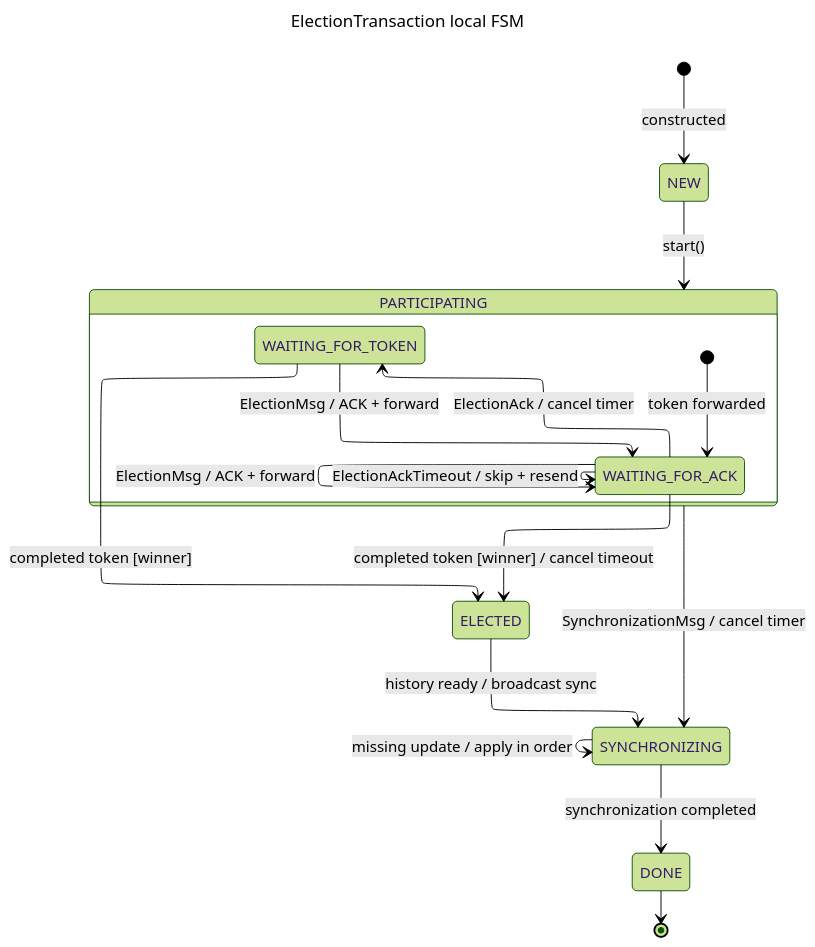
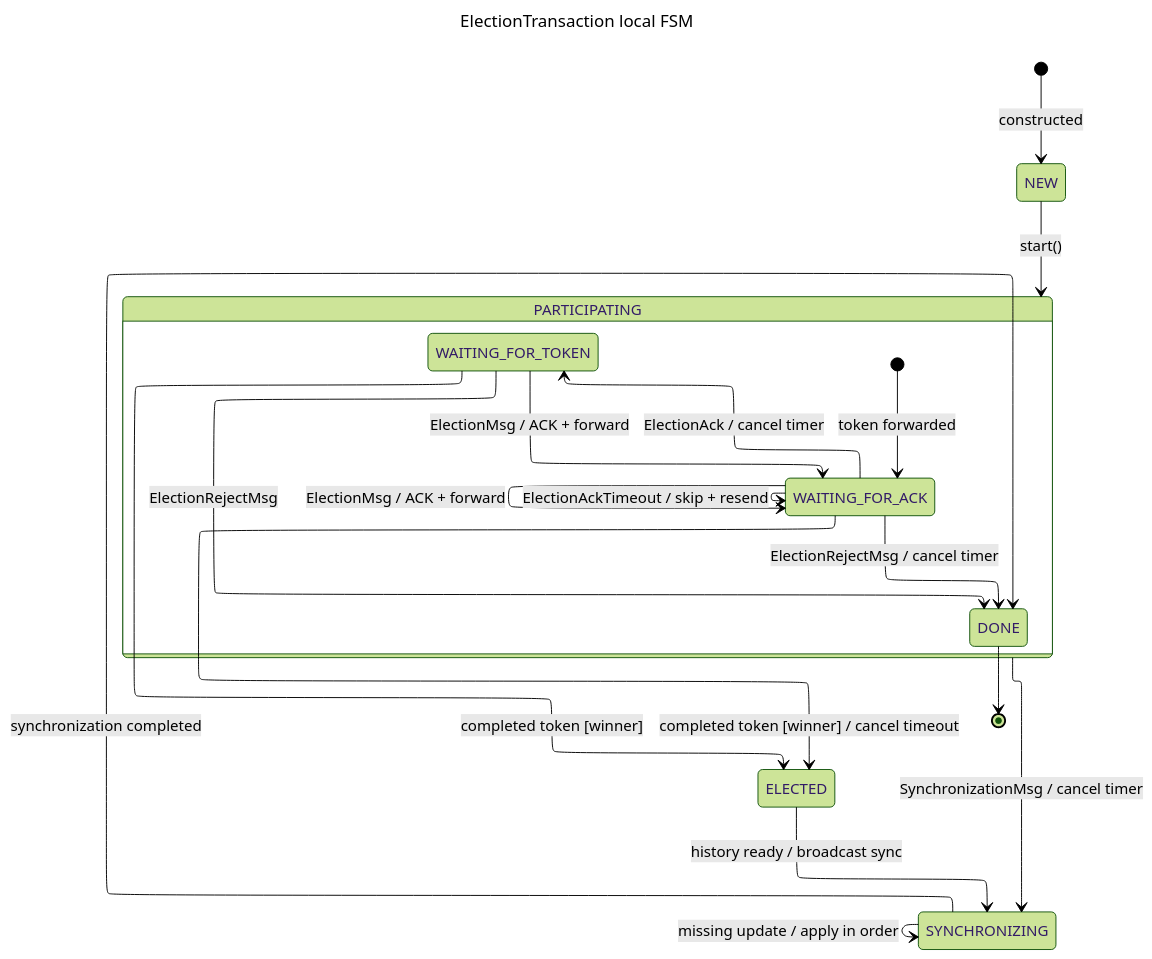
The diagram in charts/Transactions/transaction_Election_FSM.mmd (alanmasu/CoreDump_DS_Project), drawn with Mermaid before and after one commit. The commit also changed 3 other files, not shown here.

```diff
--- a/charts/Transactions/transaction_Election_FSM.mmd
+++ b/charts/Transactions/transaction_Election_FSM.mmd
@@ -1,44 +1,47 @@
 ---
 title: ElectionTransaction local FSM
 config:
     theme: forest
     layout: elk
     markdownAutoWrap: false
 ---
 
 stateDiagram-v2
     direction TB
 
     %% Transaction object is created but not active yet.
     [*] --> NEW: constructed
-    %% Transaction participates in the election ring.
+    %% Transaction participates in the election ring after Replica startup
+    %% arbitration has selected one election transaction for this failure term.
     NEW --> PARTICIPATING: start()
 
     %% After forwarding the token, the replica first waits for the next replica's ACK and
     %% then waits for the token to return. It must still accept an ElectionMsg
     %% while waiting for an ACK because different channels can interleave.
     state PARTICIPATING {
         direction TB
 
         [*] --> WAITING_FOR_ACK: token forwarded
         %% ACK and timeout transitions require the current forwarding attempt/version;
         %% stale messages are ignored without changing state.
-        WAITING_FOR_ACK --> WAITING_FOR_TOKEN: ElectionAck / cancel timer
-        WAITING_FOR_ACK --> WAITING_FOR_ACK: ElectionAckTimeout / skip + resend
-        WAITING_FOR_ACK --> WAITING_FOR_ACK: ElectionMsg / ACK + forward
-        WAITING_FOR_TOKEN --> WAITING_FOR_ACK: ElectionMsg / ACK + forward
+    WAITING_FOR_ACK --> WAITING_FOR_TOKEN: ElectionAck / cancel timer
+    WAITING_FOR_ACK --> WAITING_FOR_ACK: ElectionAckTimeout / skip + resend
+    WAITING_FOR_ACK --> WAITING_FOR_ACK: ElectionMsg / ACK + forward
+    WAITING_FOR_ACK --> DONE: ElectionRejectMsg / cancel timer
+    WAITING_FOR_TOKEN --> WAITING_FOR_ACK: ElectionMsg / ACK + forward
+    WAITING_FOR_TOKEN --> DONE: ElectionRejectMsg
     }
 
     %% A completed token selects the local replica as the new coordinator.
     WAITING_FOR_ACK --> ELECTED: completed token [winner] / cancel timeout
     WAITING_FOR_TOKEN --> ELECTED: completed token [winner]
     %% A non-winner learns the result from the elected coordinator.
     PARTICIPATING --> SYNCHRONIZING: SynchronizationMsg / cancel timer
     %% The winner prepares authoritative history and announces the new term.
     ELECTED --> SYNCHRONIZING: history ready / broadcast sync
     %% Synchronization may involve multiple messages.
     SYNCHRONIZING --> SYNCHRONIZING: missing update / apply in order
     %% Recovery is complete.
     SYNCHRONIZING --> DONE: synchronization completed
 
     DONE --> [*]
```
